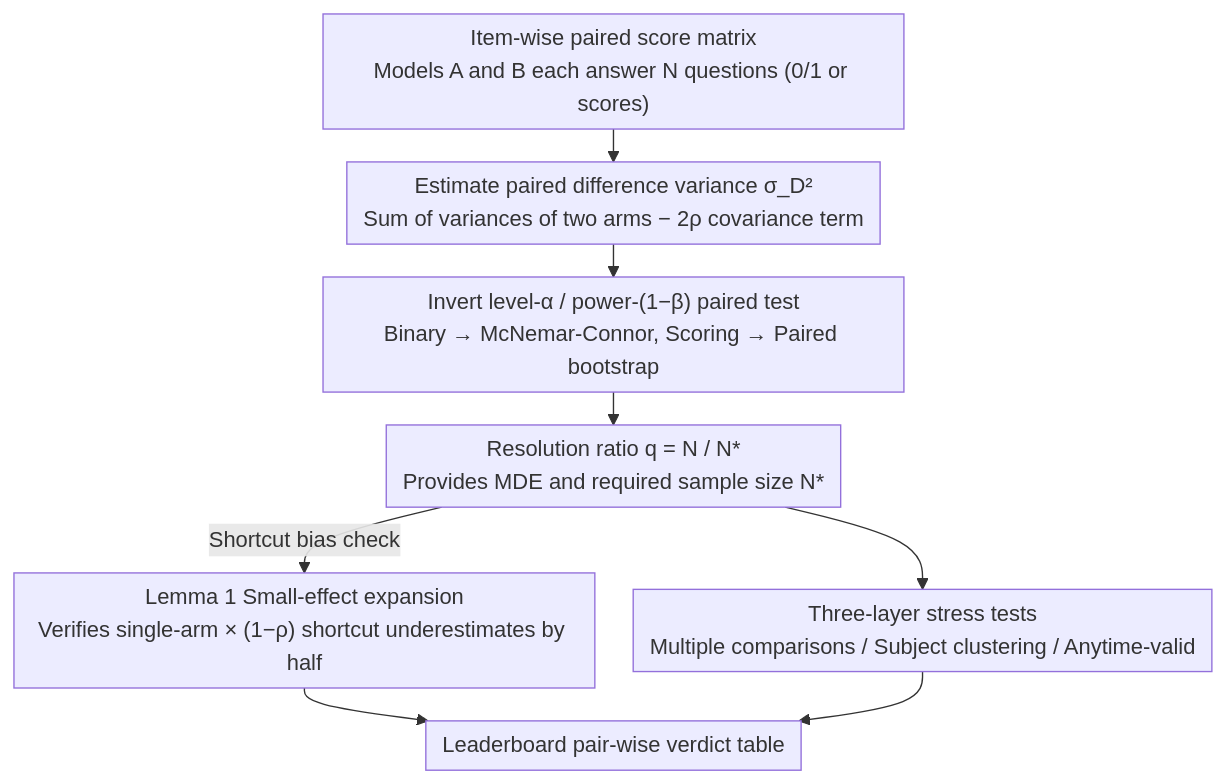
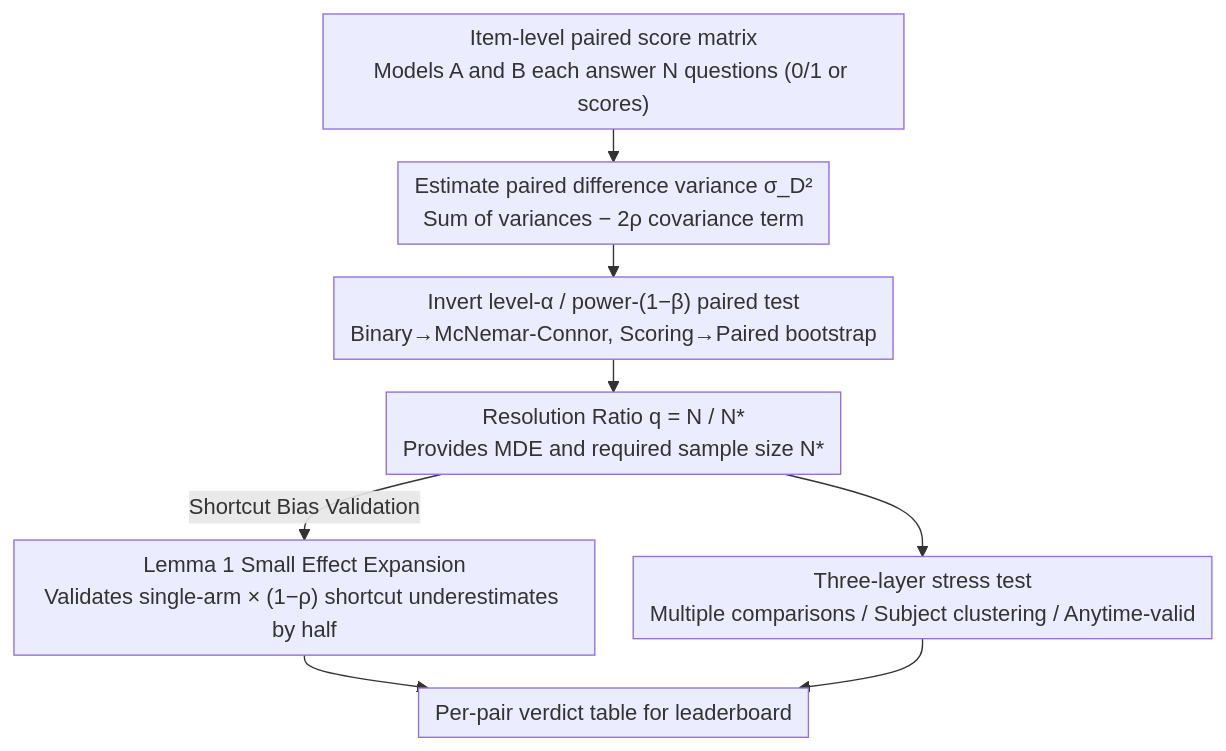
Before and after one commit to zhaoyang97/Paper-Notes-en: the diagram in docs/ICML2026/llm_evaluation/resolution_diagnostics_for_paired_llm_evaluation.md, drawn with Mermaid. The commit also changed other lines of this file and 5084 other files, not shown here.

````diff
--- a/docs/ICML2026/llm_evaluation/resolution_diagnostics_for_paired_llm_evaluation.md
+++ b/docs/ICML2026/llm_evaluation/resolution_diagnostics_for_paired_llm_evaluation.md
@@ -43,11 +43,11 @@
 ```mermaid
 %%{init: {'flowchart': {'rankSpacing': 24, 'nodeSpacing': 28, 'padding': 6, 'wrappingWidth': 400}}}%%
 flowchart TD
-    A["Item-wise paired score matrix<br/>Models A and B each answer N questions (0/1 or scores)"] --> B["Estimate paired difference variance σ_D²<br/>Sum of variances of two arms − 2ρ covariance term"]
-    B --> C["Invert level-α / power-(1−β) paired test<br/>Binary → McNemar-Connor, Scoring → Paired bootstrap"]
-    C --> D["Resolution ratio q = N / N*<br/>Provides MDE and required sample size N*"]
-    D -->|Shortcut bias check| E["Lemma 1 Small-effect expansion<br/>Verifies single-arm × (1−ρ) shortcut underestimates by half"]
-    D --> F["Three-layer stress tests<br/>Multiple comparisons / Subject clustering / Anytime-valid"]
-    E --> G["Leaderboard pair-wise verdict table"]
+    A["Item-level paired score matrix<br/>Models A and B each answer N questions (0/1 or scores)"] --> B["Estimate paired difference variance σ_D²<br/>Sum of variances − 2ρ covariance term"]
+    B --> C["Invert level-α / power-(1−β) paired test<br/>Binary→McNemar-Connor, Scoring→Paired bootstrap"]
+    C --> D["Resolution Ratio q = N / N*<br/>Provides MDE and required sample size N*"]
+    D -->|Shortcut Bias Validation| E["Lemma 1 Small Effect Expansion<br/>Validates single-arm × (1−ρ) shortcut underestimates by half"]
+    D --> F["Three-layer stress test<br/>Multiple comparisons / Subject clustering / Anytime-valid"]
+    E --> G["Per-pair verdict table for leaderboard"]
     F --> G
 ```
````
